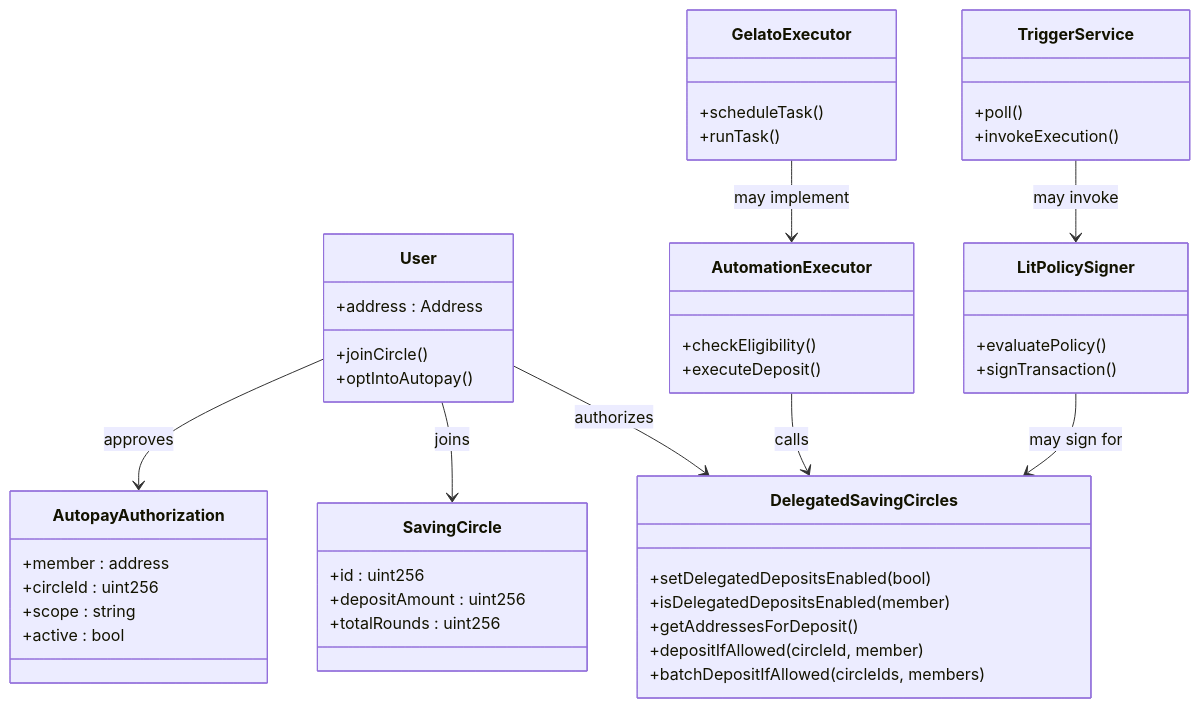
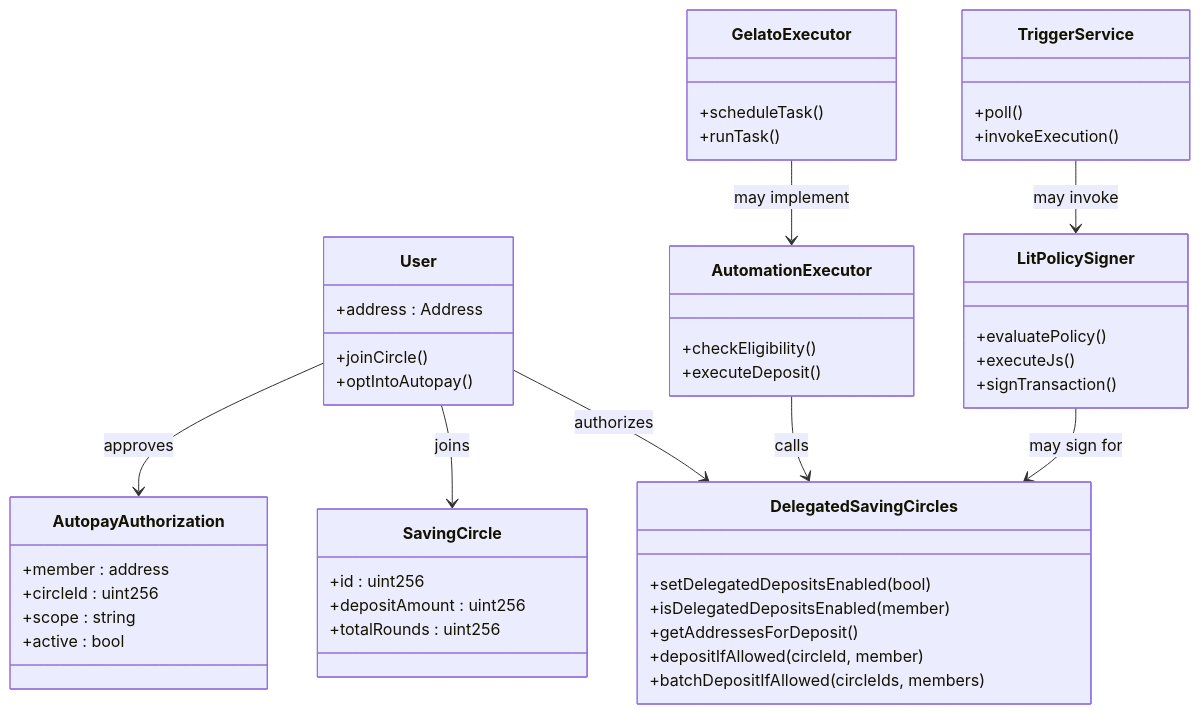
The first of 10 diagrams in docs/lit-autopay-mvp-spec.md (BreadchainCoop/app-stacks), drawn with Mermaid before and after one commit. The commit also changed other lines of this file, not shown here.

````diff
--- a/docs/lit-autopay-mvp-spec.md
+++ b/docs/lit-autopay-mvp-spec.md
@@ -141,57 +146,58 @@
 ```mermaid
 classDiagram
     class User {
         +address : Address
         +joinCircle()
         +optIntoAutopay()
     }
 
     class SavingCircle {
         +id : uint256
         +depositAmount : uint256
         +totalRounds : uint256
     }
 
     class DelegatedSavingCircles {
         +setDelegatedDepositsEnabled(bool)
         +isDelegatedDepositsEnabled(member)
         +getAddressesForDeposit()
         +depositIfAllowed(circleId, member)
         +batchDepositIfAllowed(circleIds, members)
     }
 
     class AutopayAuthorization {
         +member : address
         +circleId : uint256
         +scope : string
         +active : bool
     }
 
     class AutomationExecutor {
         +checkEligibility()
         +executeDeposit()
     }
 
     class GelatoExecutor {
         +scheduleTask()
         +runTask()
     }
 
     class LitPolicySigner {
         +evaluatePolicy()
+        +executeJs()
         +signTransaction()
     }
 
     class TriggerService {
         +poll()
         +invokeExecution()
     }
 
     User --> SavingCircle : joins
     User --> DelegatedSavingCircles : authorizes
     User --> AutopayAuthorization : approves
     AutomationExecutor --> DelegatedSavingCircles : calls
     GelatoExecutor --> AutomationExecutor : may implement
     TriggerService --> LitPolicySigner : may invoke
     LitPolicySigner --> DelegatedSavingCircles : may sign for
 ```
````
